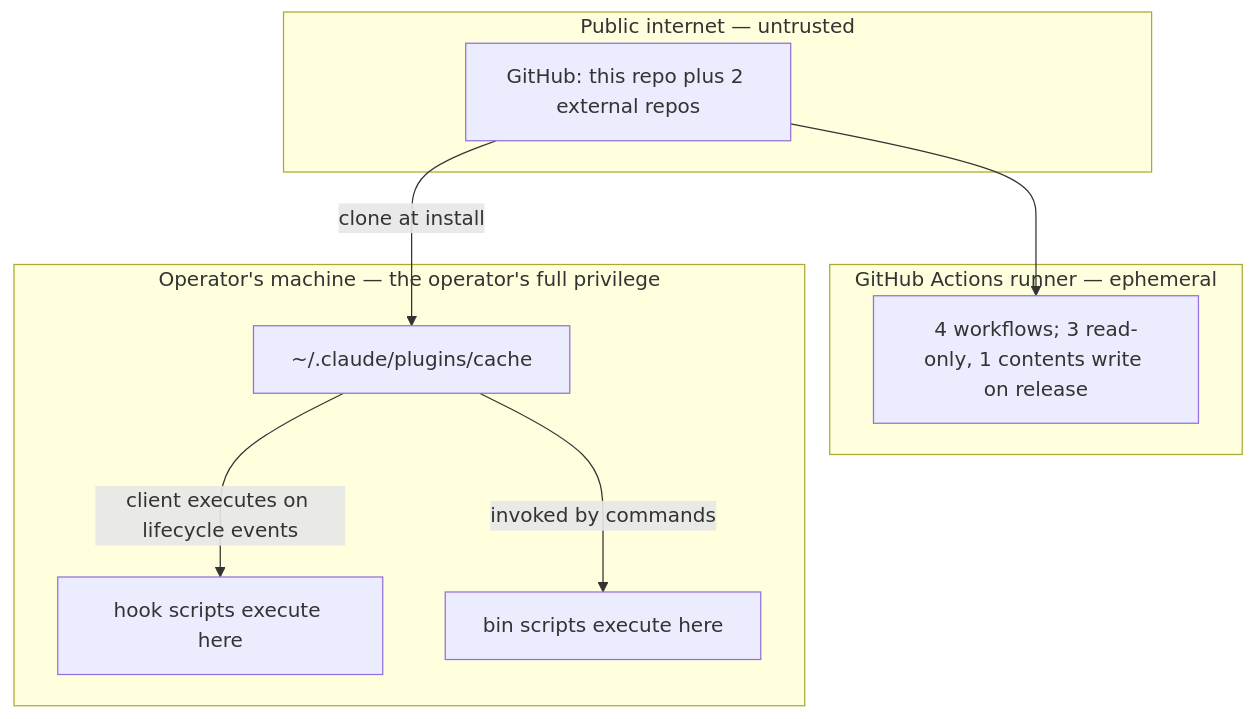
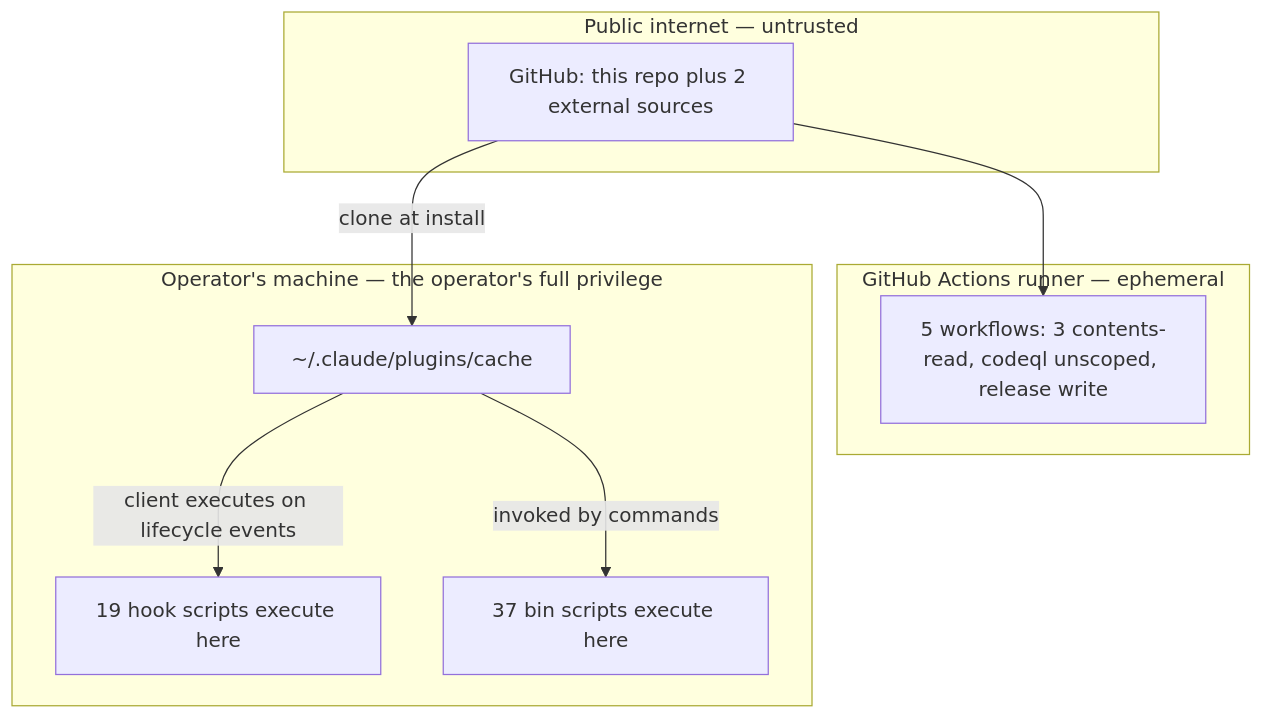
One commit to synaptiai/synapti-marketplace changed the third of 3 diagrams in docs/dossier/02-architecture/system-architecture.md. Above: the diagram before and after it, drawn with Mermaid. The commit also changed other lines of this file and 27 other files, not shown here.

````diff
--- a/docs/dossier/02-architecture/system-architecture.md
+++ b/docs/dossier/02-architecture/system-architecture.md
@@ -118,18 +169,18 @@
 ```mermaid
 graph TD
   subgraph pub["Public internet — untrusted"]
-    gh["GitHub: this repo plus 2 external repos"]
+    gh["GitHub: this repo plus 2 external sources"]
   end
   subgraph runner["GitHub Actions runner — ephemeral"]
-    ci["4 workflows; 3 read-only, 1 contents write on release"]
+    ci["5 workflows: 3 contents-read, codeql unscoped, release write"]
   end
   subgraph machine["Operator's machine — the operator's full privilege"]
     cache["~/.claude/plugins/cache"]
-    hooksx["hook scripts execute here"]
-    binx["bin scripts execute here"]
+    hooksx["19 hook scripts execute here"]
+    binx["37 bin scripts execute here"]
   end
   gh -->|"clone at install"| cache
   cache -->|"client executes on lifecycle events"| hooksx
   cache -->|"invoked by commands"| binx
   gh --> ci
 ```
````
